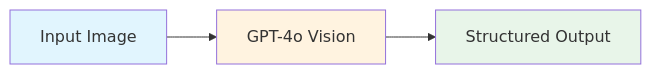
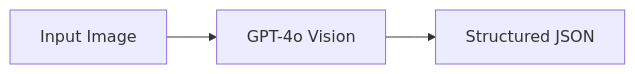
The first of 6 diagrams in research/02-pipeline-comparison/README.md (omorros/SnapShelf), drawn with Mermaid before and after one commit. The commit also changed other lines of this file, not shown here.

Commit message:
formated diagrams and improved readme readibility

````diff
--- a/research/02-pipeline-comparison/README.md
+++ b/research/02-pipeline-comparison/README.md
@@ -55,9 +54,4 @@
 ```mermaid
 flowchart LR
-    A[Input Image] --> B[GPT-4o Vision]
-    B --> C[Structured Output]
-
-    style A fill:#e1f5fe
-    style B fill:#fff3e0
-    style C fill:#e8f5e9
+    A[Input Image] --> B[GPT-4o Vision] --> C[Structured JSON]
 ```
````
